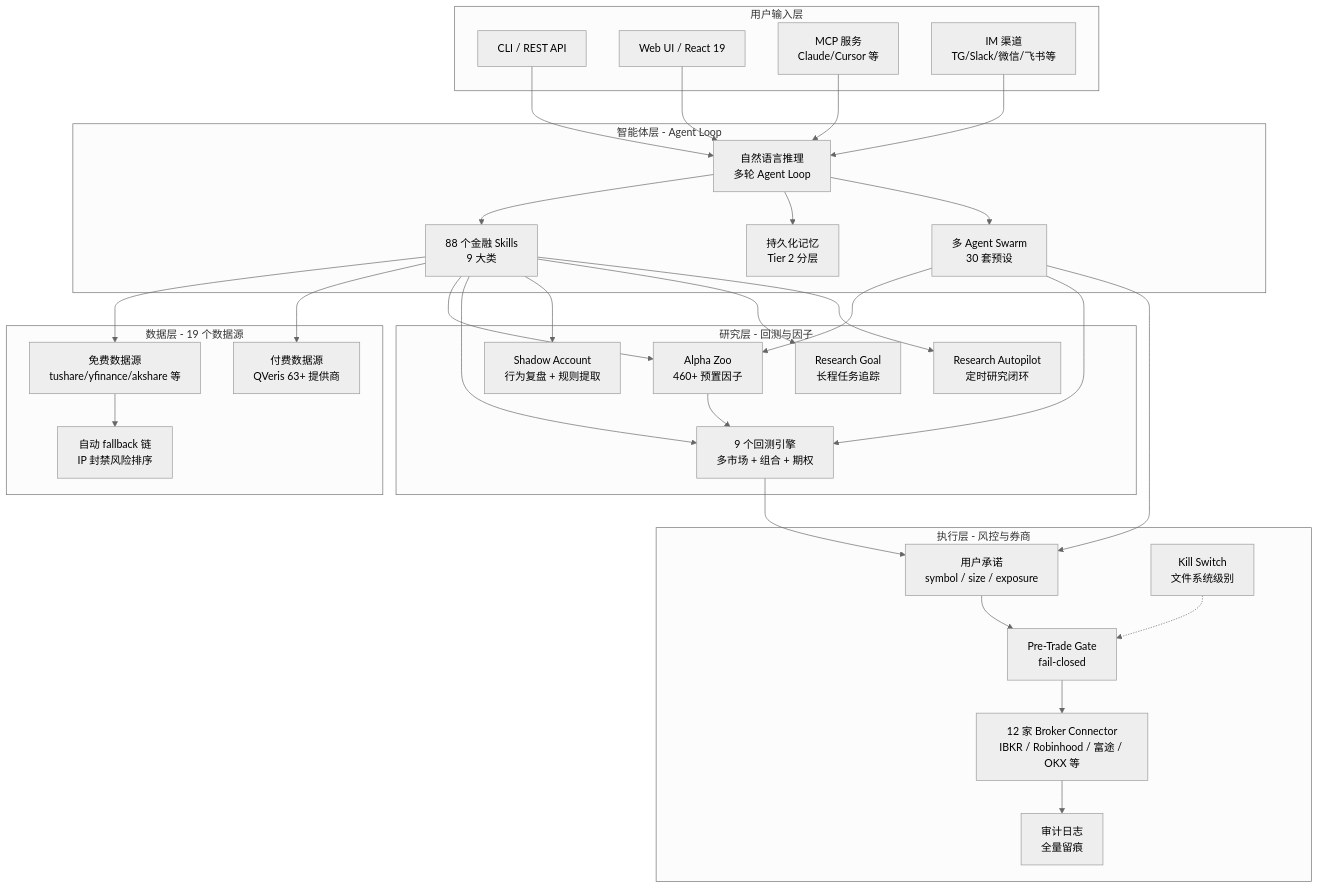
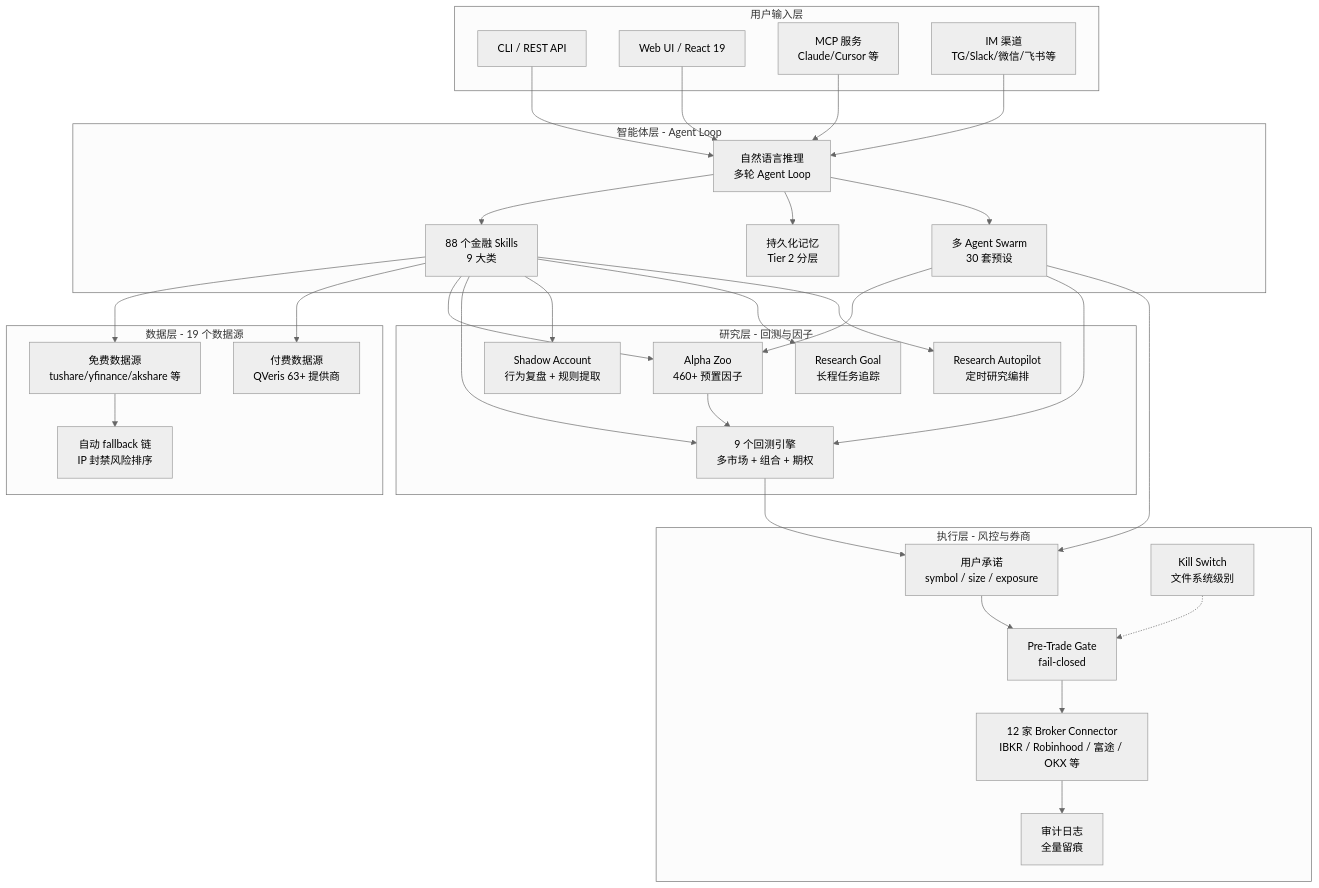
The first of 2 diagrams in content/posts/tech/vibe-trading-hkuds-personal-trading-agent-guide.md (A1pha3/text-matrix), drawn with Mermaid (neutral theme) before and after one commit. The commit also changed other lines of this file and 6 other files, not shown here.

````diff
--- a/content/posts/tech/vibe-trading-hkuds-personal-trading-agent-guide.md
+++ b/content/posts/tech/vibe-trading-hkuds-personal-trading-agent-guide.md
@@ -119,67 +119,67 @@
 ```mermaid
 flowchart TB
     subgraph UserInput[用户输入层]
         CLI[CLI / REST API]
         WebUI[Web UI / React 19]
         MCP[MCP 服务<br/>Claude/Cursor 等]
         IM[IM 渠道<br/>TG/Slack/微信/飞书等]
     end
 
     subgraph AgentLayer[智能体层 - Agent Loop]
         NL[自然语言推理<br/>多轮 Agent Loop]
         Skills[88 个金融 Skills<br/>9 大类]
         Memory[持久化记忆<br/>Tier 2 分层]
         Swarm[多 Agent Swarm<br/>30 套预设]
     end
 
     subgraph DataLayer[数据层 - 19 个数据源]
         Free[免费数据源<br/>tushare/yfinance/akshare 等]
         Paid[付费数据源<br/>QVeris 63+ 提供商]
         Fallback[自动 fallback 链<br/>IP 封禁风险排序]
     end
 
     subgraph ResearchLayer[研究层 - 回测与因子]
         AlphaZoo[Alpha Zoo<br/>460+ 预置因子]
         BTEngine[9 个回测引擎<br/>多市场 + 组合 + 期权]
         Shadow[Shadow Account<br/>行为复盘 + 规则提取]
         Goal[Research Goal<br/>长程任务追踪]
-        AutoPilot[Research Autopilot<br/>定时研究闭环]
+        AutoPilot[Research Autopilot<br/>定时研究编排]
     end
 
     subgraph ExecutionLayer[执行层 - 风控与券商]
         Mandate[用户承诺<br/>symbol / size / exposure]
         KillSwitch[Kill Switch<br/>文件系统级别]
         PreTrade[Pre-Trade Gate<br/>fail-closed]
         Audit[审计日志<br/>全量留痕]
         Brokers[12 家 Broker Connector<br/>IBKR / Robinhood / 富途 / OKX 等]
     end
 
     CLI --> NL
     WebUI --> NL
     MCP --> NL
     IM --> NL
 
     NL --> Skills
     NL --> Memory
     NL --> Swarm
 
     Skills --> Free
     Skills --> Paid
     Free --> Fallback
     Skills --> AlphaZoo
     Skills --> BTEngine
     Skills --> Shadow
     Skills --> Goal
     Skills --> AutoPilot
 
     Swarm --> AlphaZoo
     Swarm --> BTEngine
     AlphaZoo --> BTEngine
 
     BTEngine --> Mandate
     Swarm --> Mandate
     Mandate --> PreTrade
     KillSwitch -.-> PreTrade
     PreTrade --> Brokers
     Brokers --> Audit
 ```
````
